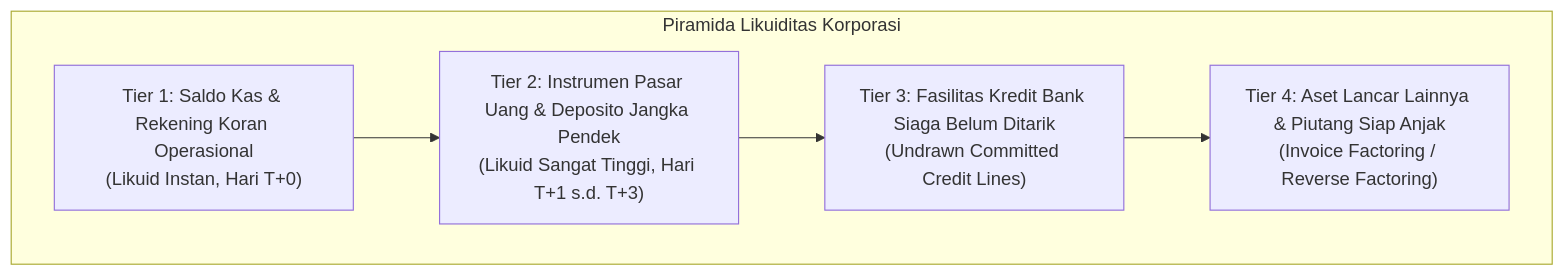
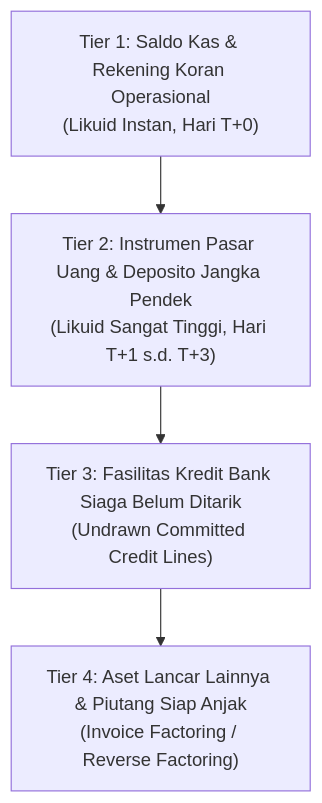
One commit to alimurrofid/erp-notes changed the first of 2 diagrams in content/07-finance/liquidity-management.md. Above: the diagram before and after it, drawn with Mermaid. The commit also changed 58 other files, not shown here.

Commit message:
fix(content):Mermaid Subgraph

````diff
--- a/content/07-finance/liquidity-management.md
+++ b/content/07-finance/liquidity-management.md
@@ -9,10 +9,8 @@
 ```mermaid
 flowchart TD
-    subgraph LiquidityStack["Piramida Likuiditas Korporasi"]
         Tier1["Tier 1: Saldo Kas & Rekening Koran Operasional<br/>(Likuid Instan, Hari T+0)"]
         Tier2["Tier 2: Instrumen Pasar Uang & Deposito Jangka Pendek<br/>(Likuid Sangat Tinggi, Hari T+1 s.d. T+3)"]
         Tier3["Tier 3: Fasilitas Kredit Bank Siaga Belum Ditarik<br/>(Undrawn Committed Credit Lines)"]
         Tier4["Tier 4: Aset Lancar Lainnya & Piutang Siap Anjak<br/>(Invoice Factoring / Reverse Factoring)"]
-    end
     Tier1 --> Tier2 --> Tier3 --> Tier4
 ```
````
